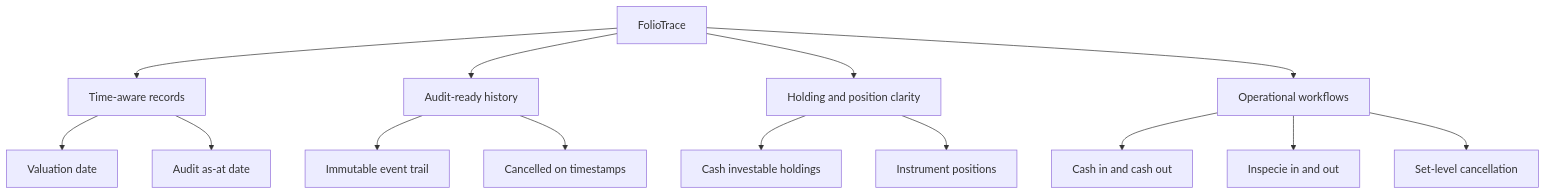
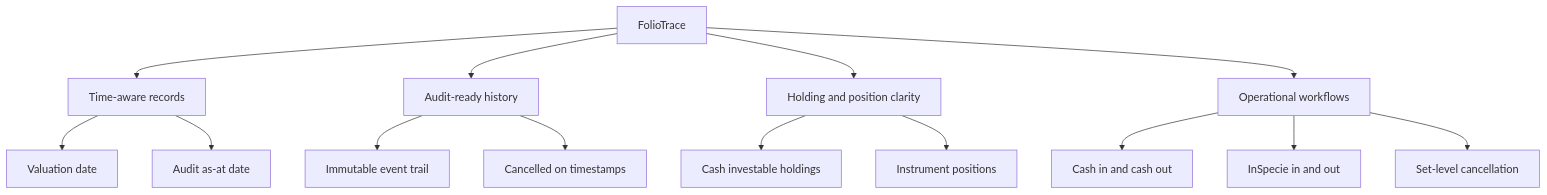
The second of 8 diagrams in Documentation/Diagrams/SchematicDiagrams.md (mart6061/FolioTrace), drawn with Mermaid before and after one commit. The commit also changed other lines of this file and 261 other files, not shown here.

````diff
--- a/Documentation/Diagrams/SchematicDiagrams.md
+++ b/Documentation/Diagrams/SchematicDiagrams.md
@@ -27,22 +27,22 @@
 ```mermaid
 flowchart TB
     FolioTrace["FolioTrace"]
 
     FolioTrace --> Time["Time-aware records"]
     FolioTrace --> Audit["Audit-ready history"]
     FolioTrace --> Holdings["Holding and position clarity"]
     FolioTrace --> Operations["Operational workflows"]
 
     Time --> TimeA["Valuation date"]
     Time --> TimeB["Audit as-at date"]
 
     Audit --> AuditA["Immutable event trail"]
     Audit --> AuditB["Cancelled on timestamps"]
 
     Holdings --> HoldingsA["Cash investable holdings"]
     Holdings --> HoldingsB["Instrument positions"]
 
     Operations --> OpsA["Cash in and cash out"]
-    Operations --> OpsB["Inspecie in and out"]
+    Operations --> OpsB["InSpecie in and out"]
     Operations --> OpsC["Set-level cancellation"]
 ```
````
